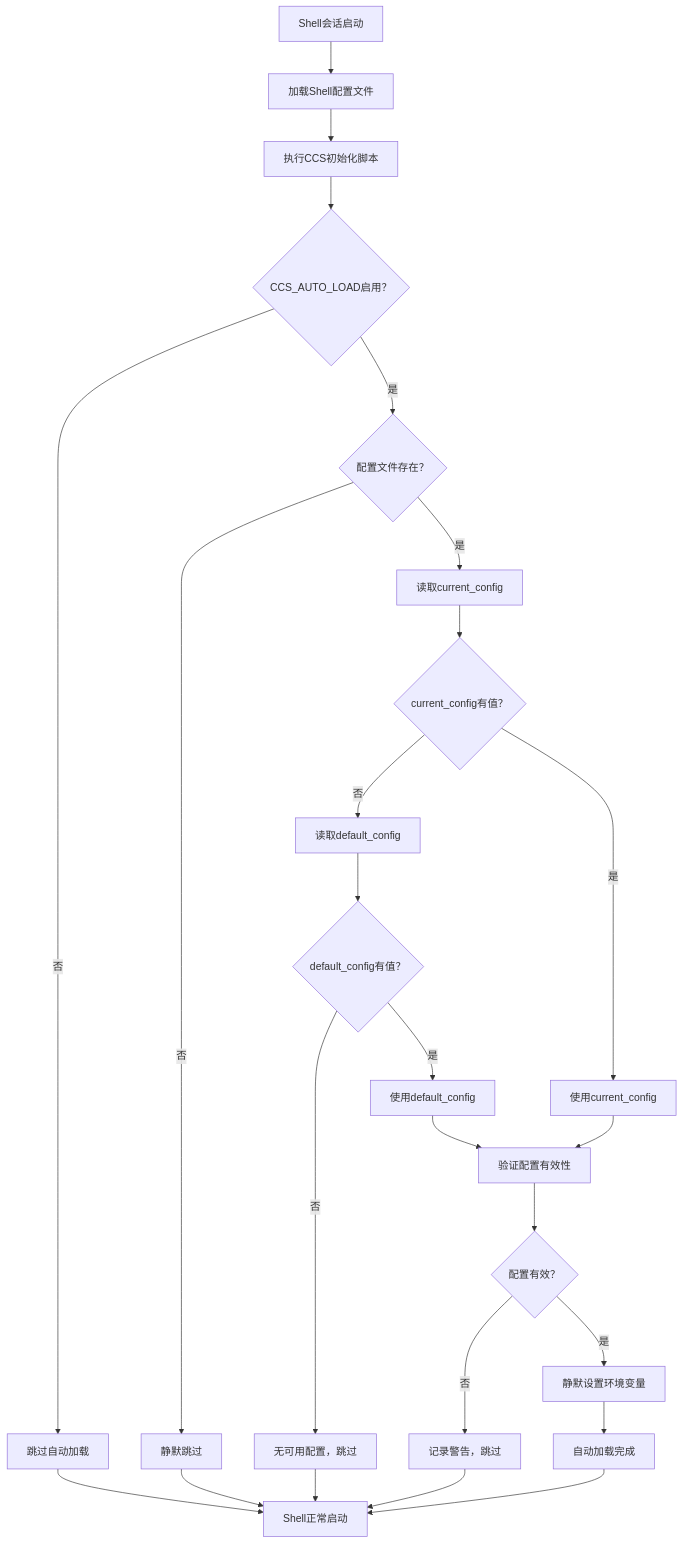
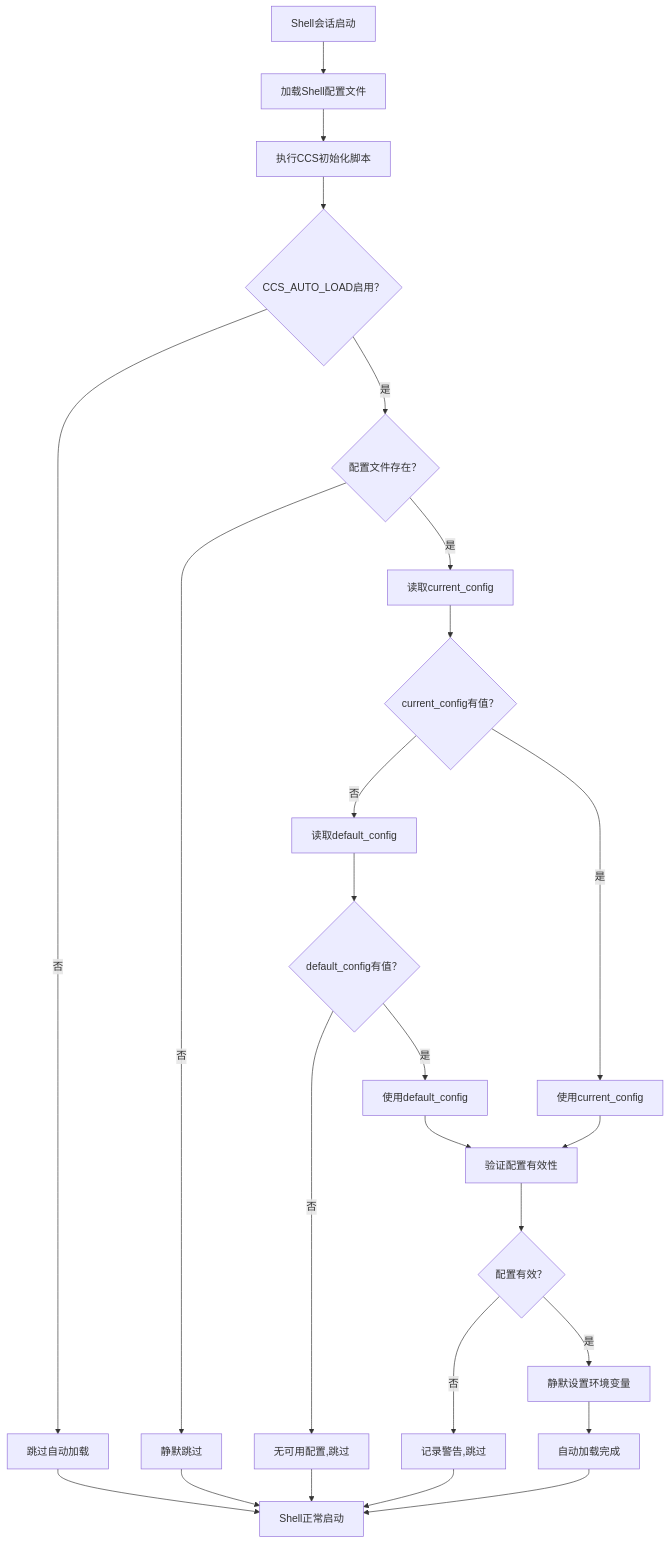
Before and after one commit to bahayonghang/ccs: the fifth of 10 diagrams in docs/data-flow.md, drawn with Mermaid. The commit also changed other lines of this file and 24 other files, not shown here.

````diff
--- a/docs/data-flow.md
+++ b/docs/data-flow.md
@@ -247,35 +247,35 @@
 ```mermaid
 flowchart TD
     A["Shell会话启动"] --> B["加载Shell配置文件"]
     B --> C["执行CCS初始化脚本"]
     C --> D{"CCS_AUTO_LOAD启用？"}
     
     D -->|否| E["跳过自动加载"]
     D -->|是| F{"配置文件存在？"}
     
     F -->|否| G["静默跳过"]
     F -->|是| H["读取current_config"]
     
     H --> I{"current_config有值？"}
     I -->|否| J["读取default_config"]
     I -->|是| K["使用current_config"]
     
     J --> L{"default_config有值？"}
-    L -->|否| M["无可用配置，跳过"]
+    L -->|否| M["无可用配置,跳过"]
     L -->|是| N["使用default_config"]
     
     K --> O["验证配置有效性"]
     N --> O
     
     O --> P{"配置有效？"}
-    P -->|否| Q["记录警告，跳过"]
+    P -->|否| Q["记录警告,跳过"]
     P -->|是| R["静默设置环境变量"]
     
     R --> S["自动加载完成"]
     
     E --> T["Shell正常启动"]
     G --> T
     M --> T
     Q --> T
     S --> T
 ```
````
